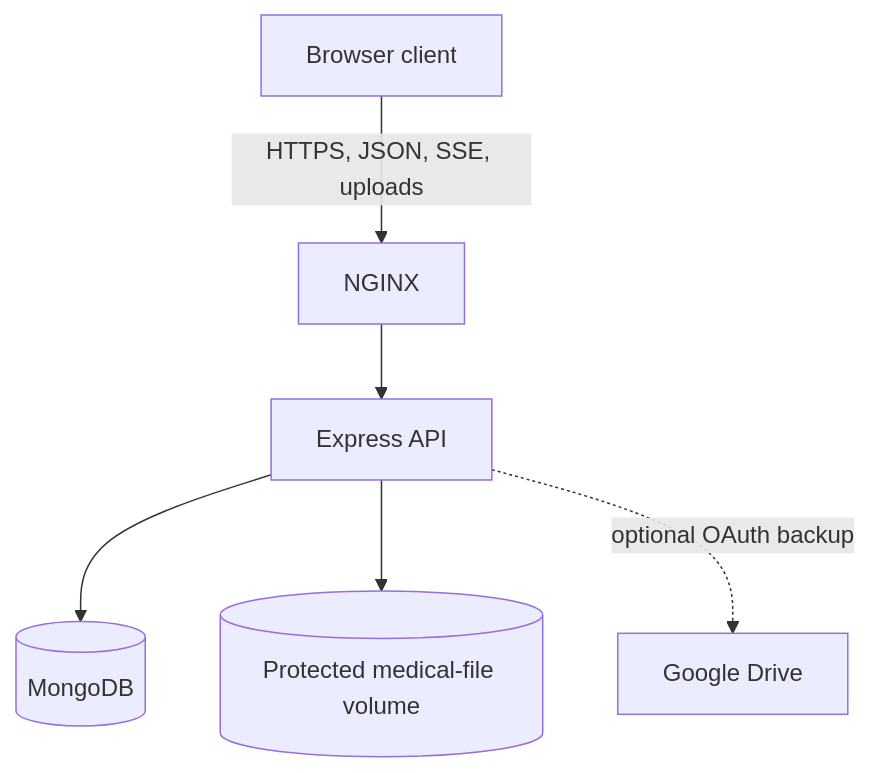
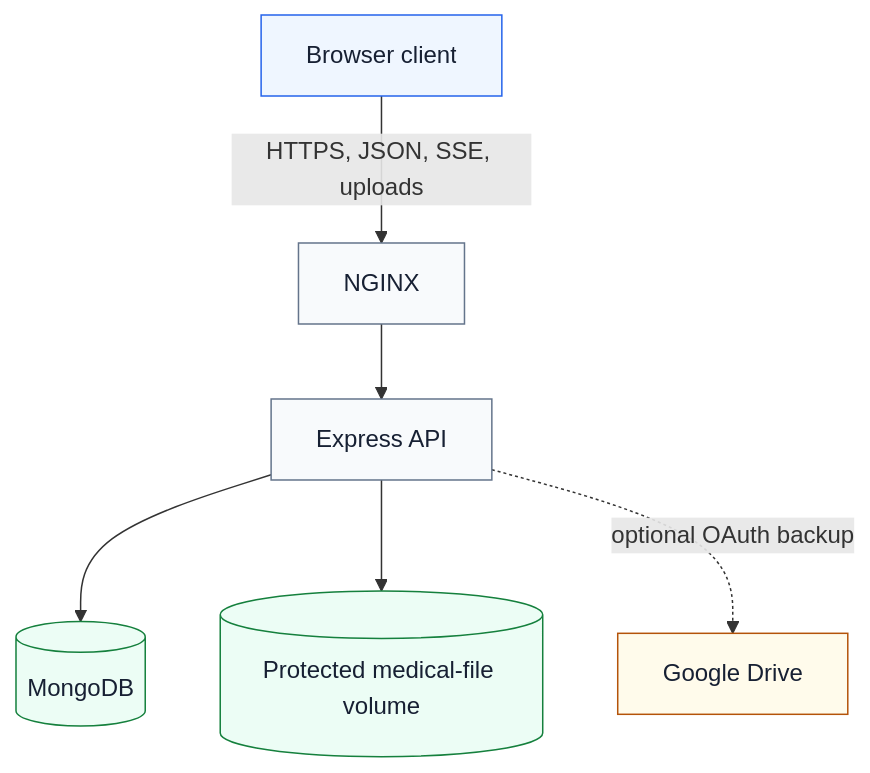
One commit to MedAPAC/Medical-Image-Annotation-Web-App changed the second of 2 diagrams in README.md. Above: the diagram before and after it, drawn with Mermaid. The commit also changed other lines of this file, not shown here.

````diff
--- a/README.md
+++ b/README.md
@@ -71,8 +103,17 @@
 ```mermaid
 flowchart TB
     U[Browser client] -->|HTTPS, JSON, SSE, uploads| N[NGINX]
     N --> A[Express API]
     A --> M[(MongoDB)]
     A --> V[(Protected medical-file volume)]
     A -. optional OAuth backup .-> G[Google Drive]
+
+    classDef client fill:#eff6ff,stroke:#2563eb,color:#172033;
+    classDef service fill:#f8fafc,stroke:#64748b,color:#172033;
+    classDef data fill:#ecfdf5,stroke:#15803d,color:#172033;
+    classDef optional fill:#fffbeb,stroke:#b45309,color:#172033;
+    class U client;
+    class N,A service;
+    class M,V data;
+    class G optional;
 ```
````
